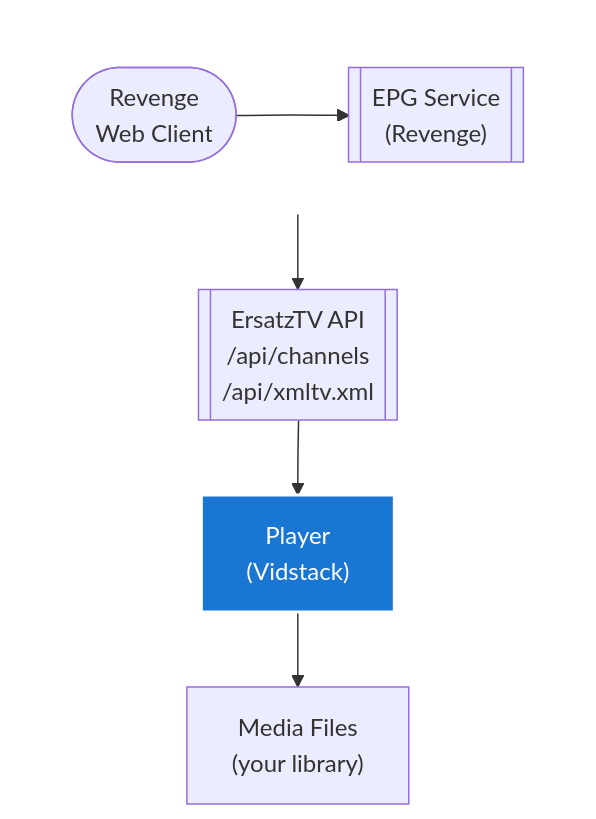
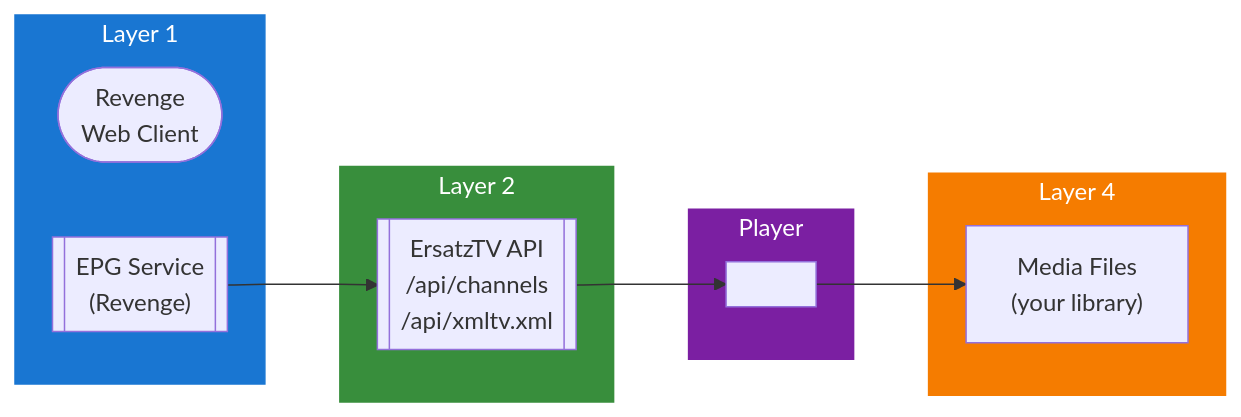
Before and after one commit to lusoris/revenge: the diagram in docs/dev/design/integrations/livetv/ERSATZTV.md, drawn with Mermaid. The commit also changed 215 other files, not shown here.

First line of the commit message:
feat(diagrams): convert all ASCII diagrams to Mermaid with LR subgraphs

````diff
--- a/docs/dev/design/integrations/livetv/ERSATZTV.md
+++ b/docs/dev/design/integrations/livetv/ERSATZTV.md
@@ -63,21 +63,30 @@
 ```mermaid
-flowchart TD
-    subgraph row1[ ]
-        direction LR
+flowchart LR
+    subgraph Layer1["Layer 1"]
         node1(["Revenge<br/>Web Client"])
         node2[["EPG Service<br/>(Revenge)"]]
     end
-    node3[["ErsatzTV API<br/>/api/channels<br/>/api/xmltv.xml"]]
-    node4["Player<br/>(Vidstack)"]
-    node5["Media Files<br/>(your library)"]
-    node1 --> node2
+
+    subgraph Layer2["Layer 2"]
+        node3[["ErsatzTV API<br/>/api/channels<br/>/api/xmltv.xml"]]
+    end
+
+    subgraph Player["Player"]
+        node4[" "]
+    end
+
+    subgraph Layer4["Layer 4"]
+        node5["Media Files<br/>(your library)"]
+    end
+
+    %% Connections
     node2 --> node3
     node3 --> node4
     node4 --> node5
 
-    %% Layer styling
-    style node4 fill:#1976D2,stroke:#fff,stroke-width:2px,color:#fff
-
-    %% Hide row subgraph borders
-    style row1 fill:transparent,stroke:transparent
+    %% Styling
+    style Layer1 fill:#1976D2,stroke:#1976D2,color:#fff
+    style Layer2 fill:#388E3C,stroke:#388E3C,color:#fff
+    style Player fill:#7B1FA2,stroke:#7B1FA2,color:#fff
+    style Layer4 fill:#F57C00,stroke:#F57C00,color:#fff
 ```
````
